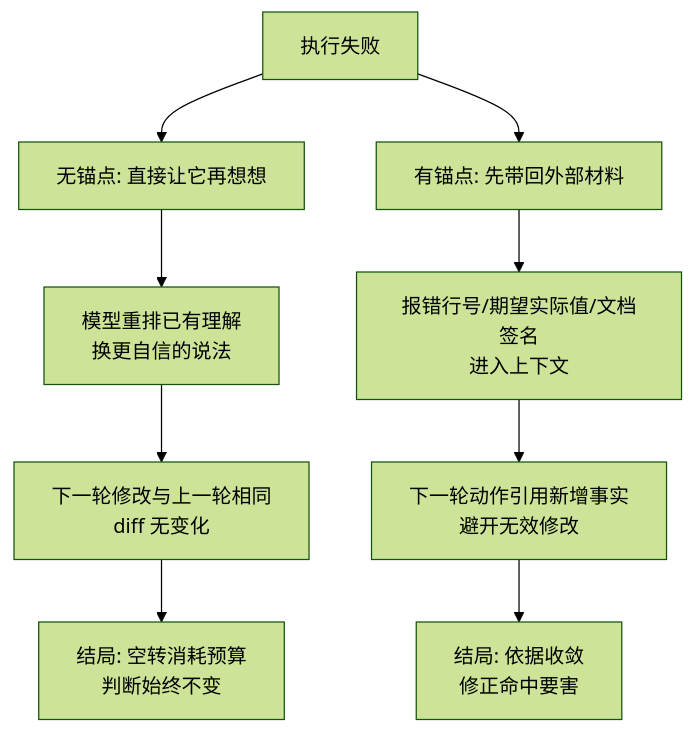
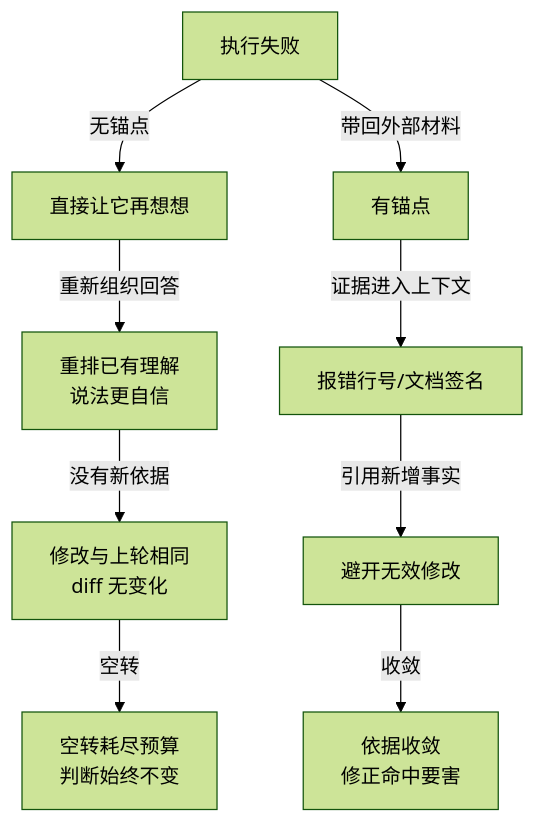
Before and after one commit to hub138/technical-knowledge: the first of 2 diagrams in vault/工程知识/AI 系统工程：从模型能力到生产能力/Agent与工作流/反思要有外部锚点.md, drawn with Mermaid (forest theme). The commit also changed other lines of this file and 622 other files, not shown here.

````diff
--- a/vault/工程知识/AI 系统工程：从模型能力到生产能力/Agent与工作流/反思要有外部锚点.md
+++ b/vault/工程知识/AI 系统工程：从模型能力到生产能力/Agent与工作流/反思要有外部锚点.md
@@ -221,11 +41,11 @@
 ```mermaid
 graph TD
-    F[执行失败] --> A[无锚点: 直接让它再想想]
-    F --> B[有锚点: 先带回外部材料]
-    A --> A1[模型重排已有理解<br>换更自信的说法]
-    B --> B1[报错行号/期望实际值/文档签名<br>进入上下文]
-    A1 --> A2[下一轮修改与上一轮相同<br>diff 无变化]
-    B1 --> B2[下一轮动作引用新增事实<br>避开无效修改]
-    A2 --> A3[结局: 空转消耗预算<br>判断始终不变]
-    B2 --> B3[结局: 依据收敛<br>修正命中要害]
+    F[执行失败] -->|无锚点| A[直接让它再想想]
+    F -->|带回外部材料| B[有锚点]
+    A -->|重新组织回答| A1[重排已有理解<br>说法更自信]
+    B -->|证据进入上下文| B1[报错行号/文档签名]
+    A1 -->|没有新依据| A2[修改与上轮相同<br>diff 无变化]
+    B1 -->|引用新增事实| B2[避开无效修改]
+    A2 -->|空转| A3[空转耗尽预算<br>判断始终不变]
+    B2 -->|收敛| B3[依据收敛<br>修正命中要害]
 ```
````
